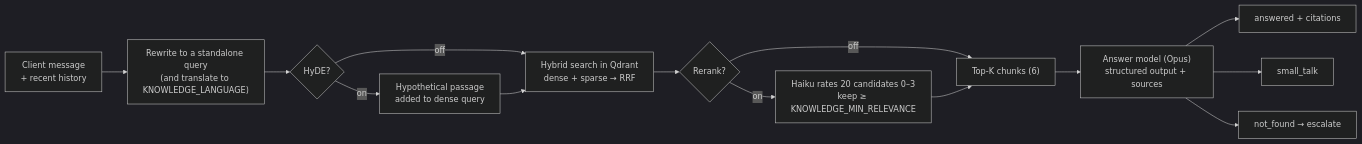
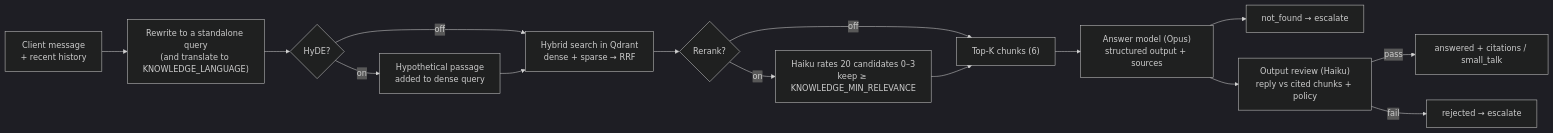
The sixth of 8 diagrams in README.md (tysio111/teddy-support), drawn with Mermaid (dark theme) before and after one commit. The commit also changed other lines of this file and 23 other files, not shown here.

````diff
--- a/README.md
+++ b/README.md
@@ -380,16 +381,17 @@
 ```mermaid
 flowchart LR
   M[Client message<br/>+ recent history] --> RW["Rewrite to a standalone query<br/>(and translate to KNOWLEDGE_LANGUAGE)"]
   RW --> HY{"HyDE?"}
   HY -- on --> H["Hypothetical passage<br/>added to dense query"]
   HY -- off --> S
   H --> S["Hybrid search in Qdrant<br/>dense + sparse → RRF"]
   S --> RR{"Rerank?"}
   RR -- on --> RK["Haiku rates 20 candidates 0–3<br/>keep ≥ KNOWLEDGE_MIN_RELEVANCE"]
   RR -- off --> TK
   RK --> TK["Top-K chunks (6)"]
   TK --> AN["Answer model (Opus)<br/>structured output + sources"]
-  AN --> O1[answered + citations]
-  AN --> O2[small_talk]
   AN --> O3[not_found → escalate]
+  AN --> RV["Output review (Haiku)<br/>reply vs cited chunks + policy"]
+  RV -- pass --> O1[answered + citations / small_talk]
+  RV -- fail --> O4[rejected → escalate]
 ```
````
